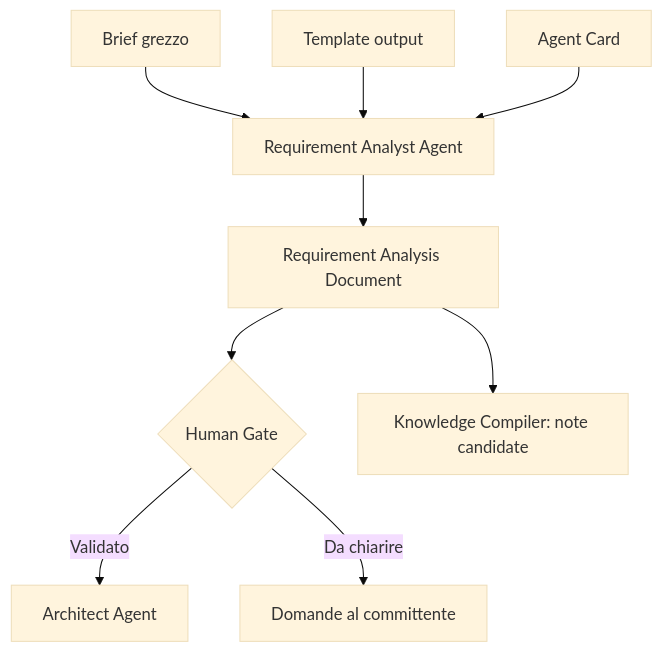
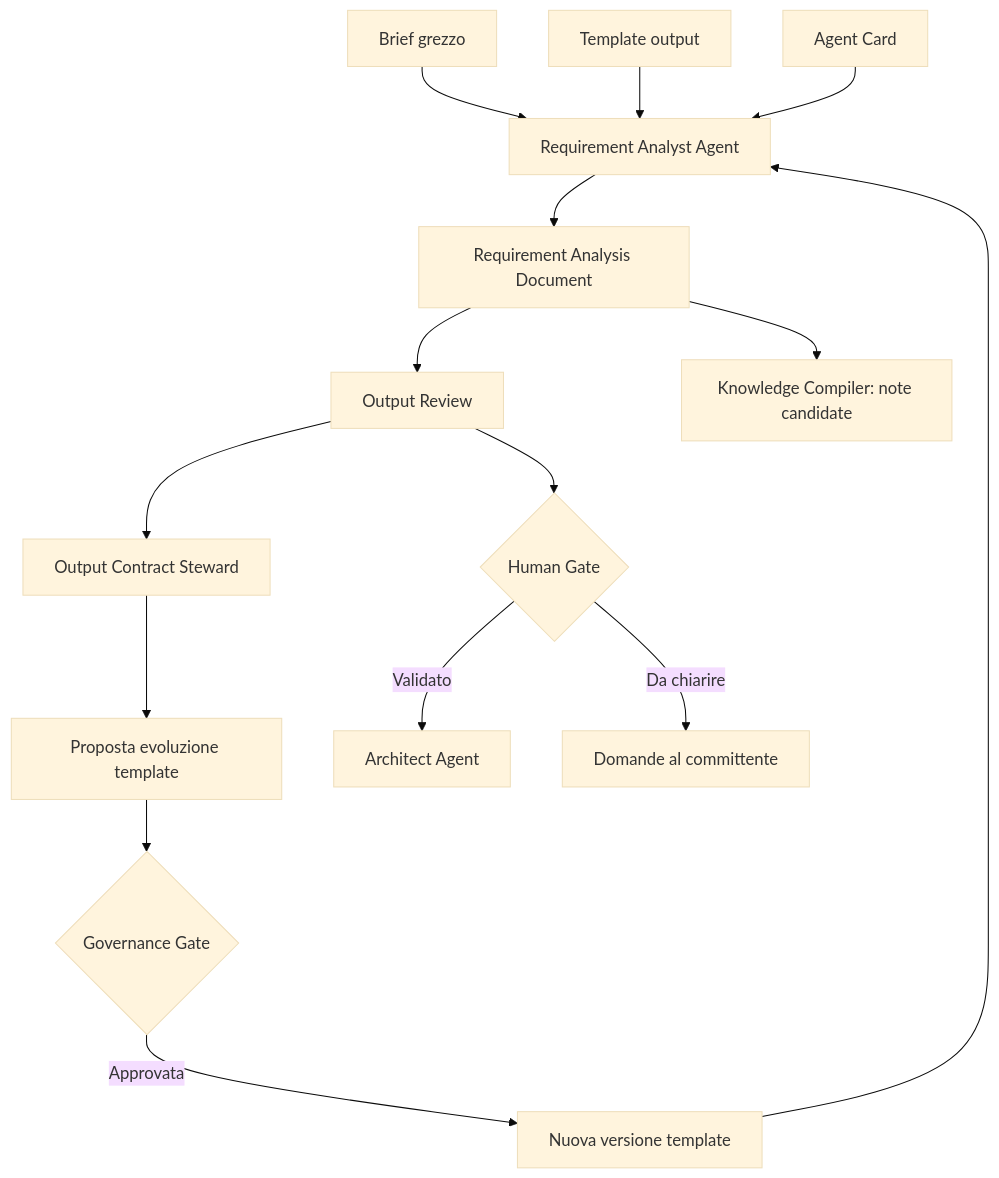
One commit to EnricoPaparo/AgentFactory changed the first of 2 diagrams in lessons/07-template-output-requirement-analysis.md. Above: the diagram before and after it, drawn with Mermaid (base theme). The commit also changed other lines of this file and 6 other files, not shown here.

Commit message:
Add governed output contract evolution

````diff
--- a/lessons/07-template-output-requirement-analysis.md
+++ b/lessons/07-template-output-requirement-analysis.md
@@ -243,11 +467,17 @@
 ```mermaid
 flowchart TD
   B[Brief grezzo] --> RA[Requirement Analyst Agent]
   T[Template output] --> RA
   AC[Agent Card] --> RA
   RA --> D[Requirement Analysis Document]
-  D --> H{Human Gate}
+  D --> V[Output Review]
+  V --> H{Human Gate}
+  V --> OCS[Output Contract Steward]
+  OCS --> P[Proposta evoluzione template]
+  P --> G{Governance Gate}
+  G -->|Approvata| T2[Nuova versione template]
+  T2 --> RA
   H -->|Validato| A[Architect Agent]
   H -->|Da chiarire| Q[Domande al committente]
   D --> KC[Knowledge Compiler: note candidate]
 ```
````
